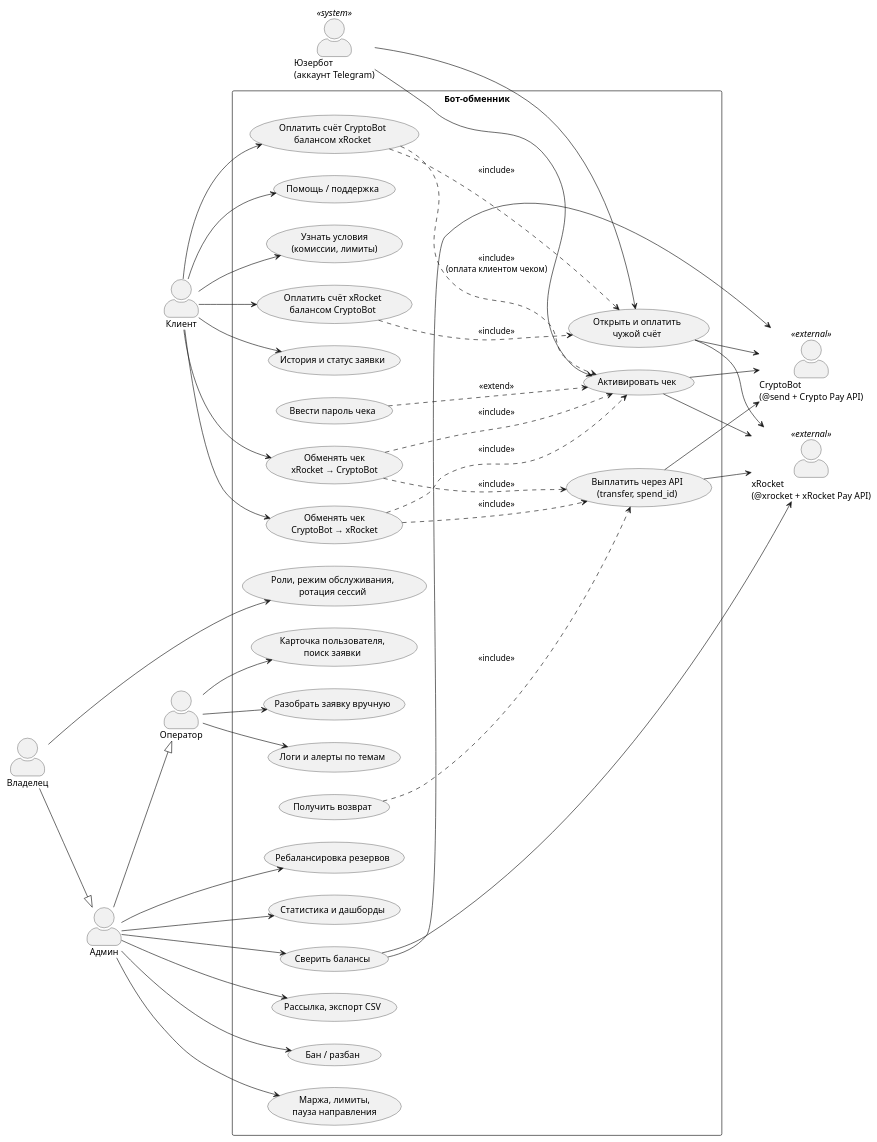
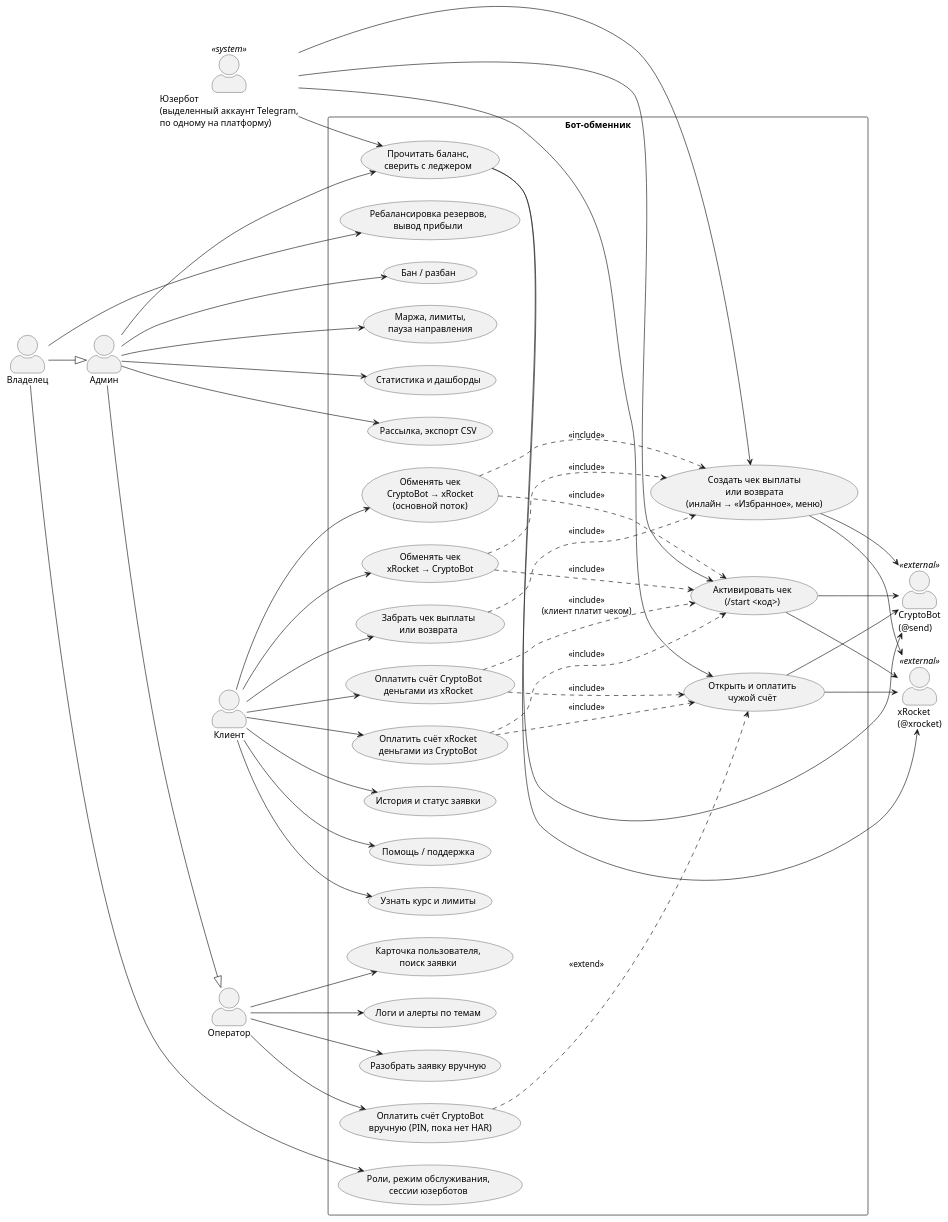
Before and after one commit to Nacebara/webquest: the diagram in exchanger/diagrams/01-use-cases.puml, drawn with PlantUML. The commit also changed 21 other files, not shown here.

First line of the commit message:
docs: diagrams v0.2 — userbot payouts and 31-transition state machine

```diff
--- a/exchanger/diagrams/01-use-cases.puml
+++ b/exchanger/diagrams/01-use-cases.puml
@@ -1,84 +1,89 @@
 @startuml use-cases
-' Варианты использования бота-обменника xRocket <-> CryptoBot
+' Варианты использования бота-обменника xRocket <-> CryptoBot (v0.2: всё через юзербота)
 left to right direction
 skinparam packageStyle rectangle
 skinparam actorStyle awesome
 skinparam shadowing false
 
 actor "Клиент" as Client
 actor "Владелец" as Owner
 actor "Админ" as Admin
 actor "Оператор" as Operator
-actor "Юзербот\n(аккаунт Telegram)" as Userbot <<system>>
-actor "CryptoBot\n(@send + Crypto Pay API)" as CB <<external>>
-actor "xRocket\n(@xrocket + xRocket Pay API)" as XR <<external>>
+actor "Юзербот\n(выделенный аккаунт Telegram,\nпо одному на платформу)" as Userbot <<system>>
+actor "CryptoBot\n(@send)" as CB <<external>>
+actor "xRocket\n(@xrocket)" as XR <<external>>
 
 Owner --|> Admin
 Admin --|> Operator
 
 rectangle "Бот-обменник" {
-  usecase "Узнать условия\n(комиссии, лимиты)" as UC_Terms
+  usecase "Узнать курс и лимиты" as UC_Terms
+  usecase "Обменять чек\nCryptoBot → xRocket\n(основной поток)" as UC_CX
   usecase "Обменять чек\nxRocket → CryptoBot" as UC_XC
-  usecase "Обменять чек\nCryptoBot → xRocket" as UC_CX
-  usecase "Оплатить счёт CryptoBot\nбалансом xRocket" as UC_PayCB
-  usecase "Оплатить счёт xRocket\nбалансом CryptoBot" as UC_PayXR
-  usecase "Ввести пароль чека" as UC_Pwd
-  usecase "Получить возврат" as UC_Refund
+  usecase "Оплатить счёт CryptoBot\nденьгами из xRocket" as UC_PayCB
+  usecase "Оплатить счёт xRocket\nденьгами из CryptoBot" as UC_PayXR
+  usecase "Забрать чек выплаты\nили возврата" as UC_Claim
   usecase "История и статус заявки" as UC_History
   usecase "Помощь / поддержка" as UC_Help
 
-  usecase "Активировать чек" as UC_Activate
+  usecase "Активировать чек\n(/start <код>)" as UC_Activate
+  usecase "Создать чек выплаты\nили возврата\n(инлайн → «Избранное», меню)" as UC_Issue
   usecase "Открыть и оплатить\nчужой счёт" as UC_PayInvoice
-  usecase "Выплатить через API\n(transfer, spend_id)" as UC_Payout
-  usecase "Сверить балансы" as UC_Reconcile
+  usecase "Прочитать баланс,\nсверить с леджером" as UC_Reconcile
 
   usecase "Разобрать заявку вручную" as UC_Manual
+  usecase "Оплатить счёт CryptoBot\nвручную (PIN, пока нет HAR)" as UC_ManualPay
   usecase "Карточка пользователя,\nпоиск заявки" as UC_Search
   usecase "Бан / разбан" as UC_Ban
   usecase "Маржа, лимиты,\nпауза направления" as UC_Pricing
-  usecase "Ребалансировка резервов" as UC_Rebalance
+  usecase "Ребалансировка резервов,\nвывод прибыли" as UC_Rebalance
   usecase "Статистика и дашборды" as UC_Stats
   usecase "Рассылка, экспорт CSV" as UC_Broadcast
-  usecase "Роли, режим обслуживания,\nротация сессий" as UC_Owner
+  usecase "Роли, режим обслуживания,\nсессии юзерботов" as UC_Owner
   usecase "Логи и алерты по темам" as UC_Logs
 }
 
 Client --> UC_Terms
+Client --> UC_CX
 Client --> UC_XC
-Client --> UC_CX
 Client --> UC_PayCB
 Client --> UC_PayXR
+Client --> UC_Claim
 Client --> UC_History
 Client --> UC_Help
+UC_CX ..> UC_Activate : <<include>>
 UC_XC ..> UC_Activate : <<include>>
-UC_CX ..> UC_Activate : <<include>>
-UC_XC ..> UC_Payout : <<include>>
-UC_CX ..> UC_Payout : <<include>>
+UC_CX ..> UC_Issue : <<include>>
+UC_XC ..> UC_Issue : <<include>>
+UC_PayCB ..> UC_Activate : <<include>>\n(клиент платит чеком)
+UC_PayXR ..> UC_Activate : <<include>>
 UC_PayCB ..> UC_PayInvoice : <<include>>
 UC_PayXR ..> UC_PayInvoice : <<include>>
-UC_PayCB ..> UC_Activate : <<include>>\n(оплата клиентом чеком)
-UC_Pwd ..> UC_Activate : <<extend>>
-UC_Refund ..> UC_Payout : <<include>>
+UC_ManualPay ..> UC_PayInvoice : <<extend>>
+UC_Claim ..> UC_Issue : <<include>>
 
 Userbot --> UC_Activate
+Userbot --> UC_Issue
 Userbot --> UC_PayInvoice
+Userbot --> UC_Reconcile
 UC_Activate --> CB
 UC_Activate --> XR
+UC_Issue --> CB
+UC_Issue --> XR
 UC_PayInvoice --> CB
 UC_PayInvoice --> XR
-UC_Payout --> CB
-UC_Payout --> XR
 UC_Reconcile --> CB
 UC_Reconcile --> XR
 
 Operator --> UC_Manual
+Operator --> UC_ManualPay
 Operator --> UC_Search
 Operator --> UC_Logs
 Admin --> UC_Ban
 Admin --> UC_Pricing
-Admin --> UC_Rebalance
 Admin --> UC_Stats
 Admin --> UC_Broadcast
 Admin --> UC_Reconcile
+Owner --> UC_Rebalance
 Owner --> UC_Owner
 @enduml
```
